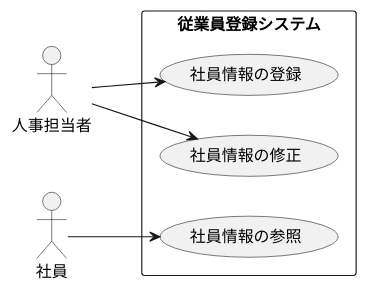
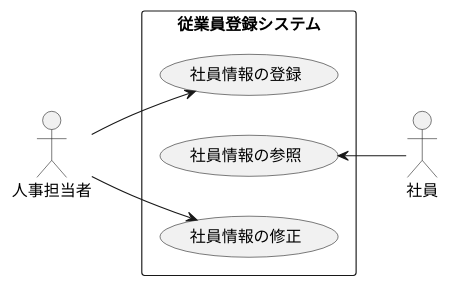
Before and after one commit to nagayamasaki/umi-intro: the diagram in 演習2/演習2-6_盛岡システム_従業員登録システム.pu, drawn with PlantUML.

Commit message:
演習2-6の修正

```diff
--- a/演習2/演習2-6_盛岡システム_従業員登録システム.pu
+++ b/演習2/演習2-6_盛岡システム_従業員登録システム.pu
@@ -1,15 +1,17 @@
 @startuml ユースケース図
 left to right direction
 actor 人事担当者
 actor 社員
 
 rectangle 従業員登録システム{
 usecase 社員情報の登録
+usecase 社員情報の参照
 usecase 社員情報の修正
-usecase 社員情報の参照
+
 }
 
 人事担当者 --> 社員情報の登録
+社員情報の参照 <-- 社員
 人事担当者 --> 社員情報の修正
-社員 --> 社員情報の参照
+
 @enduml
```
